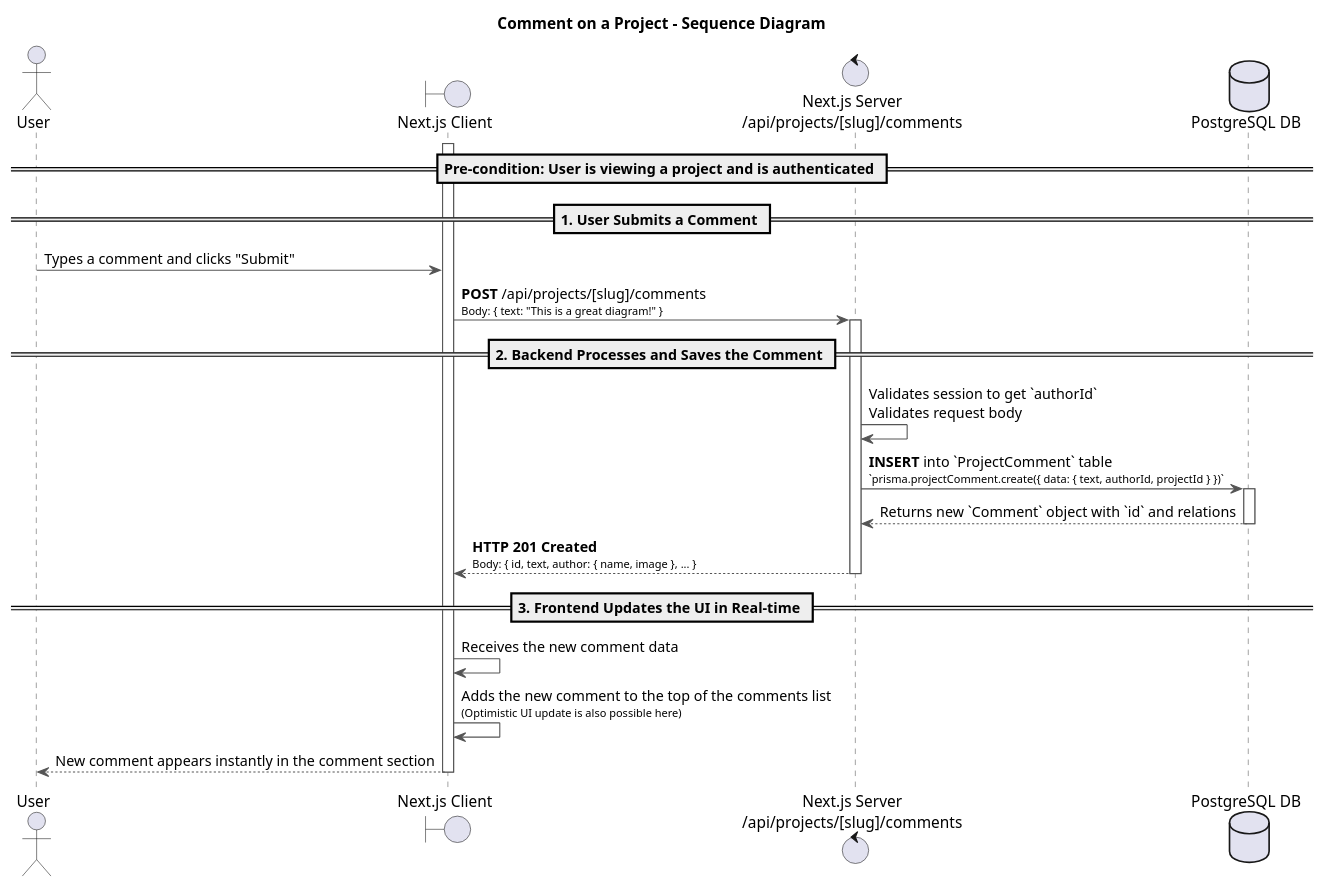
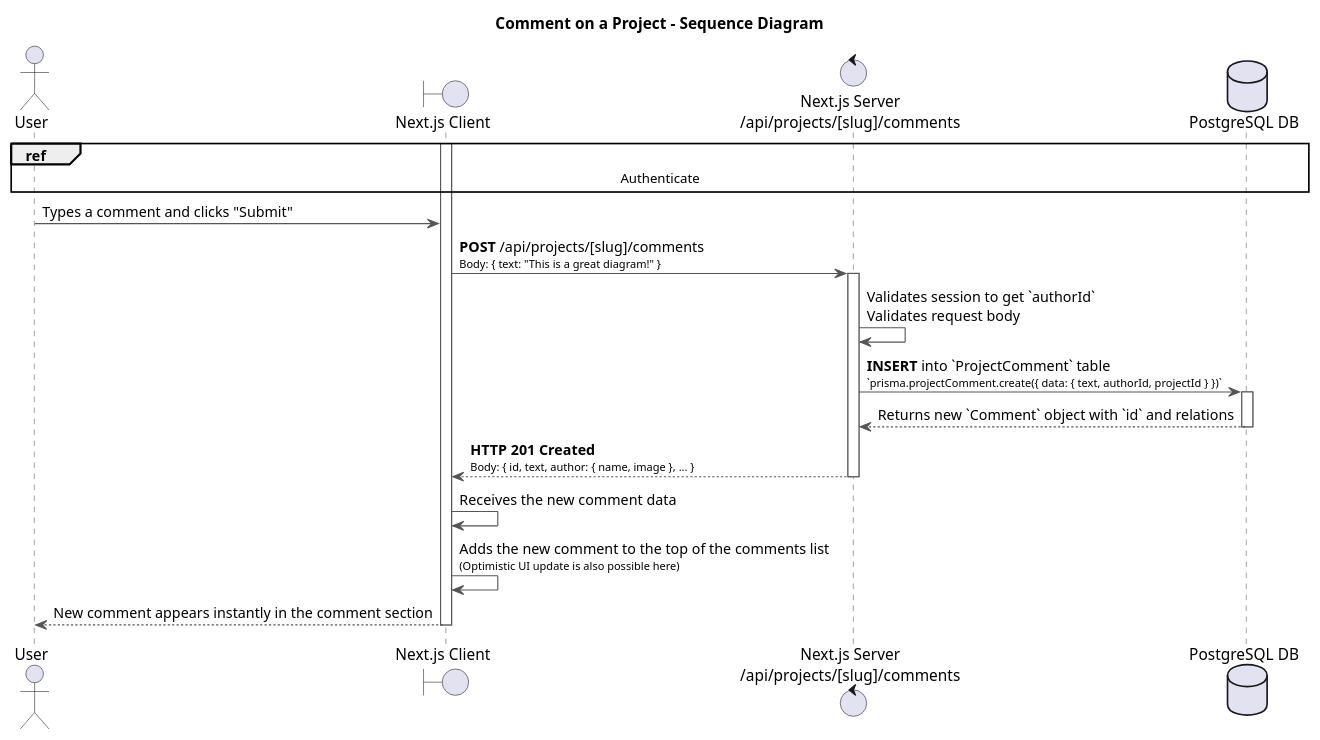
One commit to souhaib-askri/report_pfe changed the diagram in conception/SprintV/sequence_diagrams/sequence_communityInteraction_6_3_CommentOnProjects.puml. Above: the diagram before and after it, drawn with PlantUML. The commit also changed 62 other files, not shown here.

```diff
--- a/conception/SprintV/sequence_diagrams/sequence_communityInteraction_6_3_CommentOnProjects.puml
+++ b/conception/SprintV/sequence_diagrams/sequence_communityInteraction_6_3_CommentOnProjects.puml
@@ -1,43 +1,40 @@
 @startuml
 title Comment on a Project - Sequence Diagram
 
 actor User
 boundary "Next.js Client" as Client
 control "Next.js Server\n/api/projects/[slug]/comments" as Server
 database "PostgreSQL DB" as DB
 
 skinparam sequence {
     ArrowColor #555
     ActorBorderColor #555
     LifeLineBorderColor #555
     ParticipantBorderColor #007bff
     DatabaseBorderColor #d9534f
     ControlBorderColor #5cb85c
     BoundaryBorderColor #f0ad4e
 }
 
-== Pre-condition: User is viewing a project and is authenticated ==
+ref over User, DB: Authenticate
 
-== 1. User Submits a Comment ==
 activate Client
 User -> Client: Types a comment and clicks "Submit"
 Client -> Server: **POST** /api/projects/[slug]/comments\n<font size=10>Body: { text: "This is a great diagram!" }</font>
 activate Server
 
-== 2. Backend Processes and Saves the Comment ==
 Server -> Server: Validates session to get `authorId`\nValidates request body
 Server -> DB: **INSERT** into `ProjectComment` table\n<font size=10>`prisma.projectComment.create({ data: { text, authorId, projectId } })`</font>
 activate DB
 DB --> Server: Returns new `Comment` object with `id` and relations
 deactivate DB
 
 Server --> Client: **HTTP 201 Created**\n<font size=10>Body: { id, text, author: { name, image }, ... }</font>
 deactivate Server
 
-== 3. Frontend Updates the UI in Real-time ==
 Client -> Client: Receives the new comment data
 Client -> Client: Adds the new comment to the top of the comments list\n<font size=10>(Optimistic UI update is also possible here)</font>
 Client --> User: New comment appears instantly in the comment section
 deactivate Client
 
 @enduml
```
